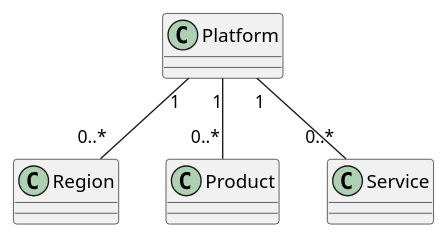
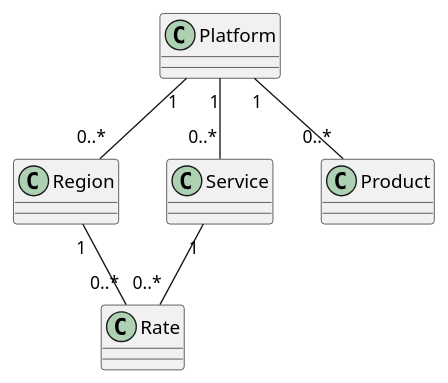
Before and after one commit to huybrechtsxyz/huybrechtsxyz: the diagram in src/website/Huybrechts.Core/Platform/_.plantuml, drawn with PlantUML. The commit also changed 19 other files, not shown here.

```diff
--- a/src/website/Huybrechts.Core/Platform/_.plantuml
+++ b/src/website/Huybrechts.Core/Platform/_.plantuml
@@ -1,36 +1,26 @@
 @startuml Platform CD
 
 class Platform {
 }
 
 class Region {
 }
 
 Platform "1" -- "0..*" Region
 
+class Service {
+}
 
-
-
-
-
-
-
-
-
-
-
+Platform "1" -- "0..*" Service
 
 class Product {
 }
 
 Platform "1" -- "0..*" Product
 
-class Service {
-}
-
-Platform "1" -- "0..*" Service
 
 
-
+Region "1" -- "0..*" Rate
+Service "1" -- "0..*" Rate
 
 @enduml
```
